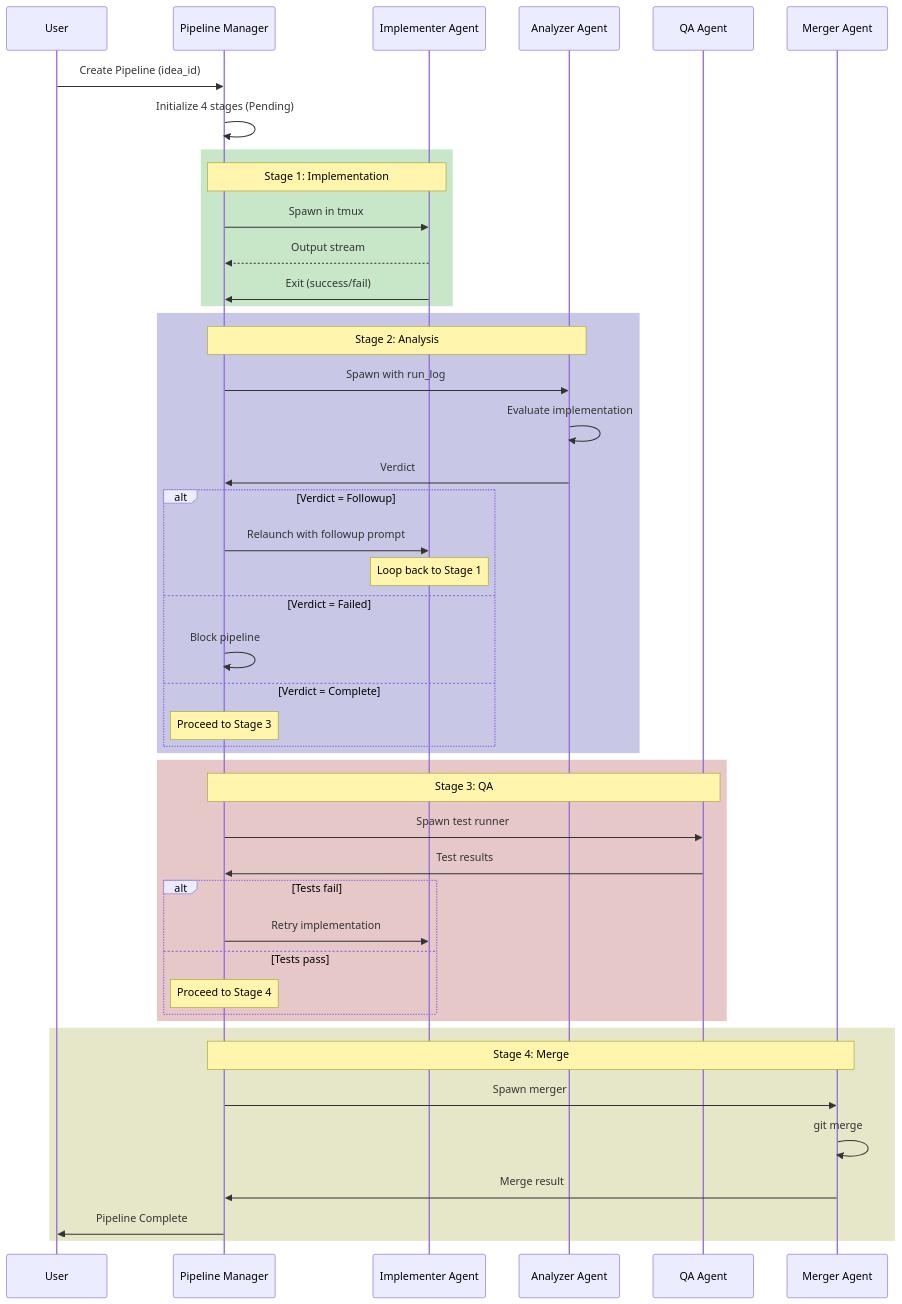
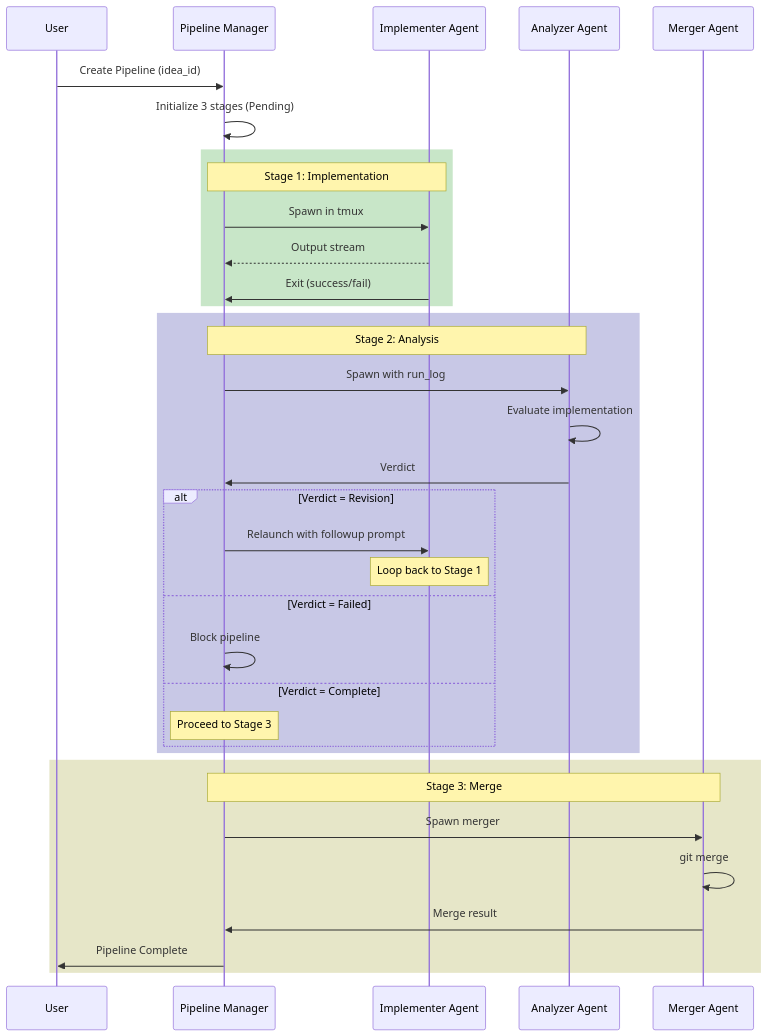
Before and after one commit to mikel-martin-kuik/nolan: the fifth of 5 diagrams in docs/architecture/01-pipeline-coordination.md, drawn with Mermaid. The commit also changed other lines of this file and 67 other files, not shown here.

First line of the commit message:
refactor: Migrate from Cronos/OpenCode to Scheduler-based architecture

````diff
--- a/docs/architecture/01-pipeline-coordination.md
+++ b/docs/architecture/01-pipeline-coordination.md
@@ -158,55 +149,42 @@
 ```mermaid
 sequenceDiagram
     participant User
     participant PipelineMgr as Pipeline Manager
     participant Impl as Implementer Agent
     participant Analyzer as Analyzer Agent
-    participant QA as QA Agent
     participant Merger as Merger Agent
 
     User->>PipelineMgr: Create Pipeline (idea_id)
-    PipelineMgr->>PipelineMgr: Initialize 4 stages (Pending)
+    PipelineMgr->>PipelineMgr: Initialize 3 stages (Pending)
 
     rect rgb(200, 230, 200)
         Note over PipelineMgr,Impl: Stage 1: Implementation
         PipelineMgr->>Impl: Spawn in tmux
         Impl-->>PipelineMgr: Output stream
         Impl->>PipelineMgr: Exit (success/fail)
     end
 
     rect rgb(200, 200, 230)
         Note over PipelineMgr,Analyzer: Stage 2: Analysis
         PipelineMgr->>Analyzer: Spawn with run_log
         Analyzer->>Analyzer: Evaluate implementation
         Analyzer->>PipelineMgr: Verdict
 
-        alt Verdict = Followup
+        alt Verdict = Revision
             PipelineMgr->>Impl: Relaunch with followup prompt
             Note over Impl: Loop back to Stage 1
         else Verdict = Failed
             PipelineMgr->>PipelineMgr: Block pipeline
         else Verdict = Complete
             Note over PipelineMgr: Proceed to Stage 3
         end
     end
 
-    rect rgb(230, 200, 200)
-        Note over PipelineMgr,QA: Stage 3: QA
-        PipelineMgr->>QA: Spawn test runner
-        QA->>PipelineMgr: Test results
-
-        alt Tests fail
-            PipelineMgr->>Impl: Retry implementation
-        else Tests pass
-            Note over PipelineMgr: Proceed to Stage 4
-        end
-    end
-
     rect rgb(230, 230, 200)
-        Note over PipelineMgr,Merger: Stage 4: Merge
+        Note over PipelineMgr,Merger: Stage 3: Merge
         PipelineMgr->>Merger: Spawn merger
         Merger->>Merger: git merge
         Merger->>PipelineMgr: Merge result
         PipelineMgr->>User: Pipeline Complete
     end
 ```
````
